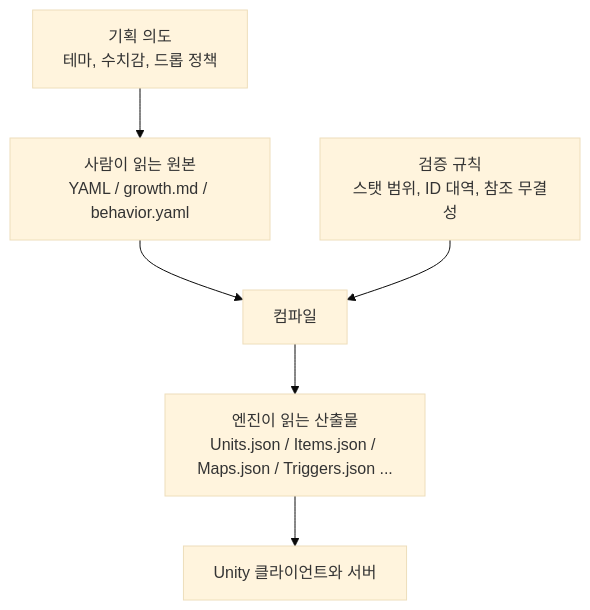
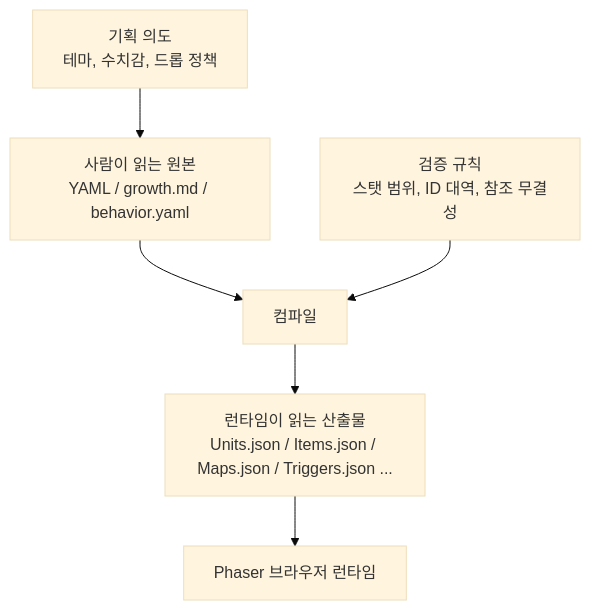
Before and after one commit to realcom/idle-generator: the second of 7 diagrams in README.md, drawn with Mermaid (base theme). The commit also changed other lines of this file, not shown here.

Commit message:
docs(readme): clarify Phaser-first sharing

````diff
--- a/README.md
+++ b/README.md
@@ -38,9 +40,9 @@
 ```mermaid
 flowchart TB
     A["사람이 읽는 원본\nYAML / growth.md / behavior.yaml"] --> B["컴파일"]
-    B --> C["엔진이 읽는 산출물\nUnits.json / Items.json / Maps.json / Triggers.json ..."]
-    C --> D["Unity 클라이언트와 서버"]
+    B --> C["런타임이 읽는 산출물\nUnits.json / Items.json / Maps.json / Triggers.json ..."]
+    C --> D["Phaser 브라우저 런타임"]
 
     A2["기획 의도\n테마, 수치감, 드롭 정책"] --> A
     A3["검증 규칙\n스탯 범위, ID 대역, 참조 무결성"] --> B
 ```
````
